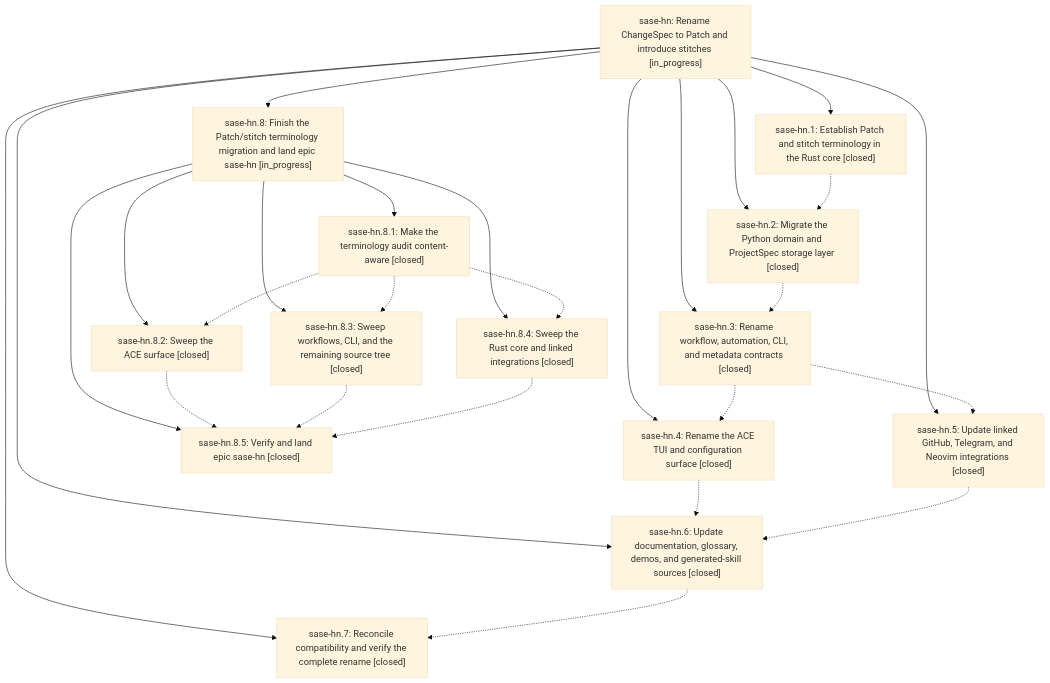
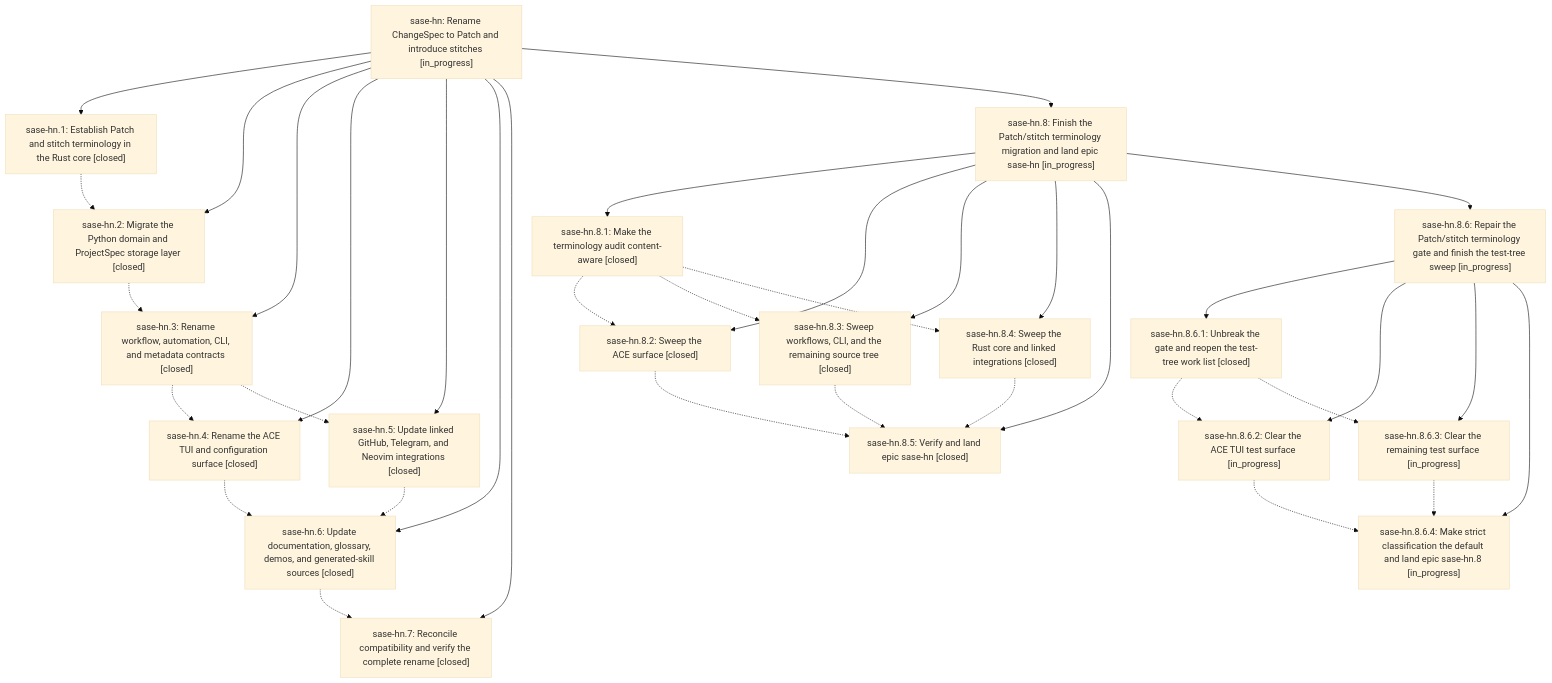
The diagram in pages/sase-hn/README.md (sase-org/sase--beads), drawn with Mermaid (base theme) before and after one commit. The commit also changed other lines of this file and 10 other files, not shown here.

````diff
--- a/pages/sase-hn/README.md
+++ b/pages/sase-hn/README.md
@@ -48,43 +48,57 @@
 ```mermaid
 flowchart TD
     n0["sase-hn: Rename ChangeSpec to Patch and introduce stitches [in_progress]"]
     n1["sase-hn.1: Establish Patch and stitch terminology in the Rust core [closed]"]
     n2["sase-hn.2: Migrate the Python domain and ProjectSpec storage layer [closed]"]
     n3["sase-hn.3: Rename workflow, automation, CLI, and metadata contracts [closed]"]
     n4["sase-hn.4: Rename the ACE TUI and configuration surface [closed]"]
     n5["sase-hn.5: Update linked GitHub, Telegram, and Neovim integrations [closed]"]
     n6["sase-hn.6: Update documentation, glossary, demos, and generated-skill sources [closed]"]
     n7["sase-hn.7: Reconcile compatibility and verify the complete rename [closed]"]
     n8["sase-hn.8: Finish the Patch/stitch terminology migration and land epic sase-hn [in_progress]"]
     n9["sase-hn.8.1: Make the terminology audit content-aware [closed]"]
     n10["sase-hn.8.2: Sweep the ACE surface [closed]"]
     n11["sase-hn.8.3: Sweep workflows, CLI, and the remaining source tree [closed]"]
     n12["sase-hn.8.4: Sweep the Rust core and linked integrations [closed]"]
     n13["sase-hn.8.5: Verify and land epic sase-hn [closed]"]
+    n14["sase-hn.8.6: Repair the Patch/stitch terminology gate and finish the test-tree sweep [in_progress]"]
+    n15["sase-hn.8.6.1: Unbreak the gate and reopen the test-tree work list [closed]"]
+    n16["sase-hn.8.6.2: Clear the ACE TUI test surface [in_progress]"]
+    n17["sase-hn.8.6.3: Clear the remaining test surface [in_progress]"]
+    n18["sase-hn.8.6.4: Make strict classification the default and land epic sase-hn.8 [in_progress]"]
     n0 --> n1
     n0 --> n2
     n0 --> n3
     n0 --> n4
     n0 --> n5
     n0 --> n6
     n0 --> n7
     n0 --> n8
     n8 --> n9
     n8 --> n10
     n8 --> n11
     n8 --> n12
     n8 --> n13
+    n8 --> n14
+    n14 --> n15
+    n14 --> n16
+    n14 --> n17
+    n14 --> n18
     n1 -.-> n2
     n2 -.-> n3
     n3 -.-> n4
     n3 -.-> n5
     n4 -.-> n6
     n5 -.-> n6
     n6 -.-> n7
     n9 -.-> n10
     n9 -.-> n11
     n9 -.-> n12
     n10 -.-> n13
     n11 -.-> n13
     n12 -.-> n13
+    n15 -.-> n16
+    n15 -.-> n17
+    n16 -.-> n18
+    n17 -.-> n18
 ```
````
